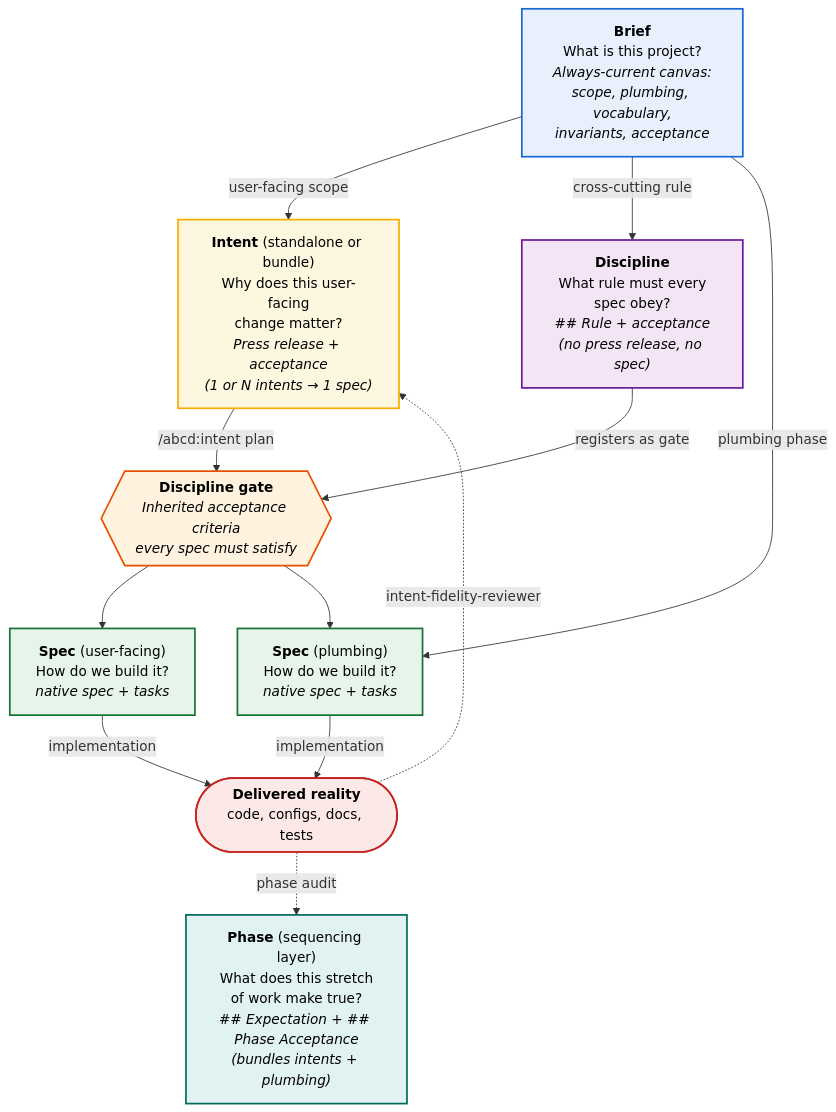
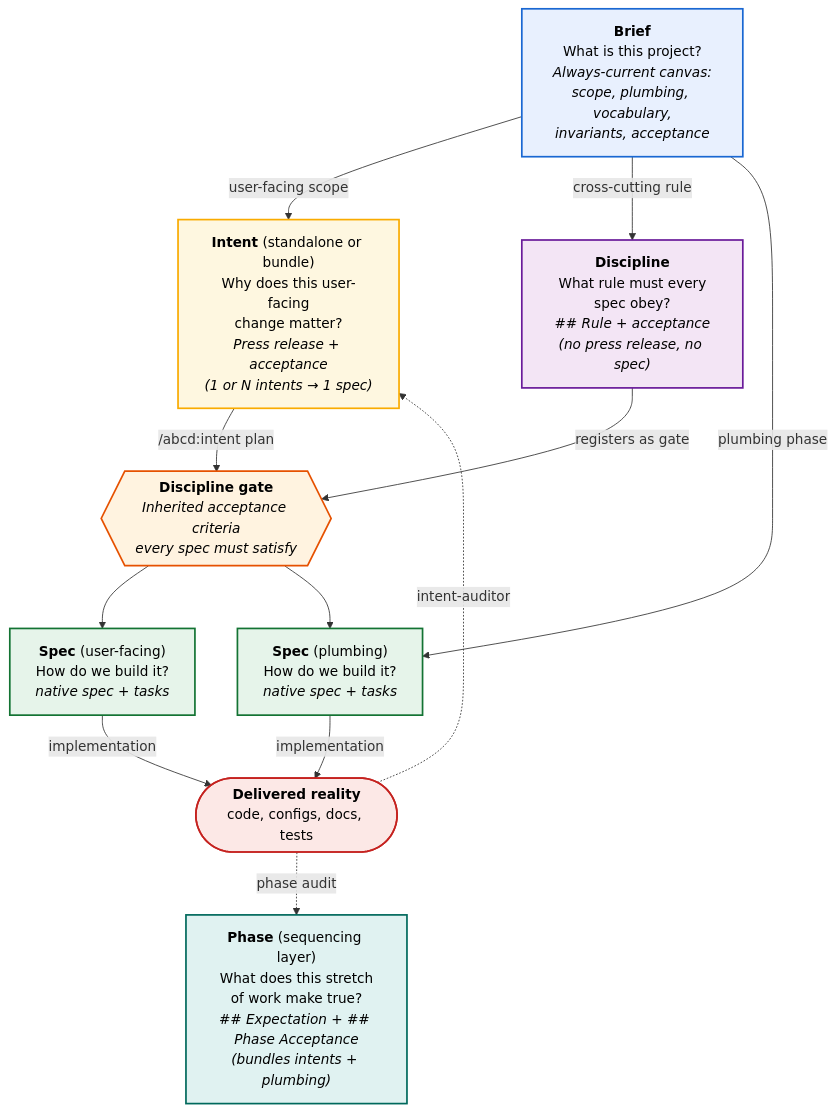
One commit to Partnermedia/abcd changed the diagram in .abcd/development/brief/01-product/03-mental-model.md. Above: the diagram before and after it, drawn with Mermaid. The commit also changed other lines of this file and 30 other files, not shown here.

````diff
--- a/.abcd/development/brief/01-product/03-mental-model.md
+++ b/.abcd/development/brief/01-product/03-mental-model.md
@@ -5,48 +5,48 @@
 ```mermaid
 flowchart TD
     Brief["<b>Brief</b><br/>What is this project?<br/><i>Always-current canvas:<br/>scope, plumbing, vocabulary,<br/>invariants, acceptance</i>"]
 
     Brief -->|user-facing scope| Intent
     Brief -->|cross-cutting rule| IntentDiscipline
     Brief -->|plumbing phase| SpecPlumbing
 
     Intent["<b>Intent</b> (standalone or bundle)<br/>Why does this user-facing<br/>change matter?<br/><i>Press release + acceptance<br/>(1 or N intents → 1 spec)</i>"]
     IntentDiscipline["<b>Discipline</b><br/>What rule must every<br/>spec obey?<br/><i>## Rule + acceptance<br/>(no press release, no spec)</i>"]
 
     Intent -->|/abcd:intent plan| Gate
     IntentDiscipline -->|registers as gate| Gate
 
     Gate{{"<b>Discipline gate</b><br/><i>Inherited acceptance criteria<br/>every spec must satisfy</i>"}}
 
     Gate --> SpecUserFacing
     Gate --> SpecPlumbing
 
     SpecUserFacing["<b>Spec</b> (user-facing)<br/>How do we build it?<br/><i>native spec + tasks</i>"]
     SpecPlumbing["<b>Spec</b> (plumbing)<br/>How do we build it?<br/><i>native spec + tasks</i>"]
 
     SpecUserFacing -->|implementation| Reality
     SpecPlumbing -->|implementation| Reality
 
     Reality(["<b>Delivered reality</b><br/>code, configs, docs, tests"])
 
     Phase["<b>Phase</b> (sequencing layer)<br/>What does this stretch<br/>of work make true?<br/><i>## Expectation + ## Phase Acceptance<br/>(bundles intents + plumbing)</i>"]
 
-    Reality -.->|intent-fidelity-reviewer| Intent
+    Reality -.->|intent-auditor| Intent
     Reality -.->|phase audit| Phase
 
     classDef briefStyle fill:#e8f0fe,stroke:#1967d2,stroke-width:2px,color:#000
     classDef intentStyle fill:#fef7e0,stroke:#f9ab00,stroke-width:2px,color:#000
     classDef disciplineStyle fill:#f3e5f5,stroke:#6a1b9a,stroke-width:2px,color:#000
     classDef gateStyle fill:#fff3e0,stroke:#e65100,stroke-width:2px,color:#000
     classDef specStyle fill:#e6f4ea,stroke:#137333,stroke-width:2px,color:#000
     classDef realityStyle fill:#fce8e6,stroke:#c5221f,stroke-width:2px,color:#000
     classDef phaseStyle fill:#e0f2f1,stroke:#00695c,stroke-width:2px,color:#000
 
     class Brief briefStyle
     class Intent intentStyle
     class IntentDiscipline disciplineStyle
     class Gate gateStyle
     class SpecUserFacing,SpecPlumbing specStyle
     class Reality realityStyle
     class Phase phaseStyle
 ```
````
